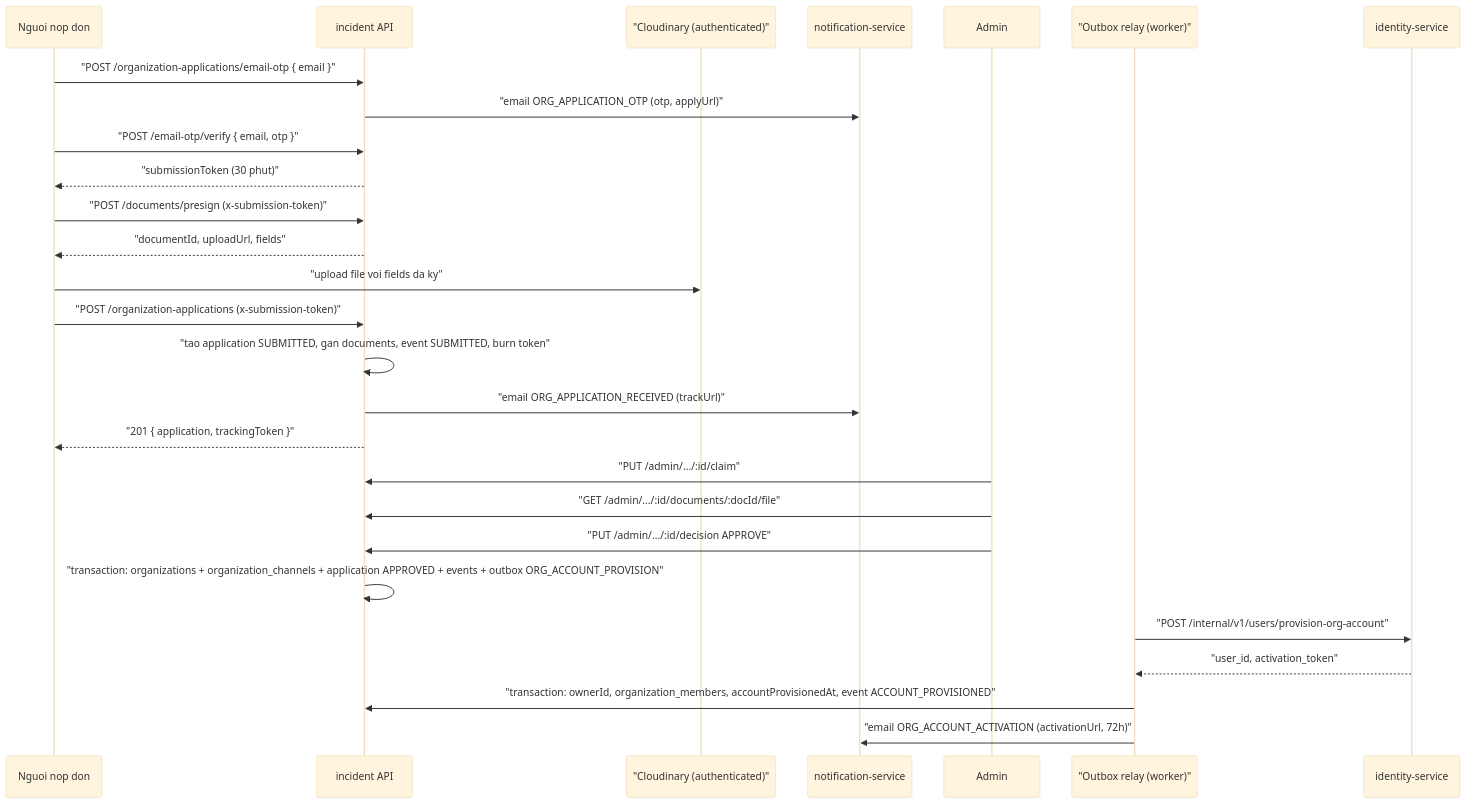
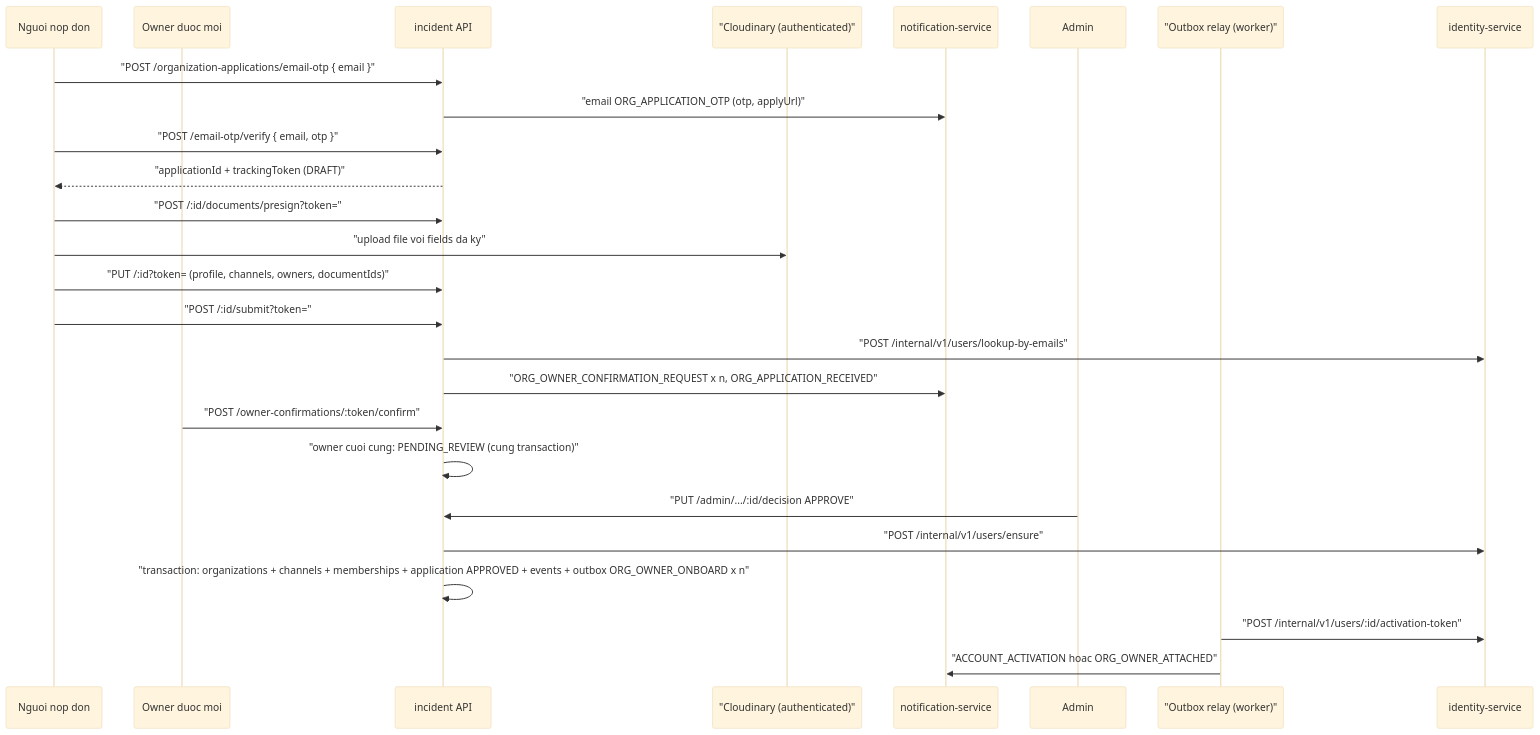
Before and after one commit to DOAN2-UQT-KN/ecolink-docs: the third of 4 diagrams in services/incident-service.md, drawn with Mermaid (base theme). The commit also changed other lines of this file and 10 other files, not shown here.

Commit message:
docs: multi-owner organization registration flow

````diff
--- a/services/incident-service.md
+++ b/services/incident-service.md
@@ -330,29 +334,28 @@
 ```mermaid
 sequenceDiagram
     participant U as Nguoi nop don
+    participant O as Owner duoc moi
     participant I as incident API
     participant CL as "Cloudinary (authenticated)"
     participant N as notification-service
     participant Adm as Admin
     participant R as "Outbox relay (worker)"
     participant ID as identity-service
     U->>I: "POST /organization-applications/email-otp { email }"
     I->>N: "email ORG_APPLICATION_OTP (otp, applyUrl)"
     U->>I: "POST /email-otp/verify { email, otp }"
-    I-->>U: "submissionToken (30 phut)"
-    U->>I: "POST /documents/presign (x-submission-token)"
-    I-->>U: "documentId, uploadUrl, fields"
+    I-->>U: "applicationId + trackingToken (DRAFT)"
+    U->>I: "POST /:id/documents/presign?token="
     U->>CL: "upload file voi fields da ky"
-    U->>I: "POST /organization-applications (x-submission-token)"
-    I->>I: "tao application SUBMITTED, gan documents, event SUBMITTED, burn token"
-    I->>N: "email ORG_APPLICATION_RECEIVED (trackUrl)"
-    I-->>U: "201 { application, trackingToken }"
-    Adm->>I: "PUT /admin/.../:id/claim"
-    Adm->>I: "GET /admin/.../:id/documents/:docId/file"
+    U->>I: "PUT /:id?token= (profile, channels, owners, documentIds)"
+    U->>I: "POST /:id/submit?token="
+    I->>ID: "POST /internal/v1/users/lookup-by-emails"
+    I->>N: "ORG_OWNER_CONFIRMATION_REQUEST x n, ORG_APPLICATION_RECEIVED"
+    O->>I: "POST /owner-confirmations/:token/confirm"
+    I->>I: "owner cuoi cung: PENDING_REVIEW (cung transaction)"
     Adm->>I: "PUT /admin/.../:id/decision APPROVE"
-    I->>I: "transaction: organizations + organization_channels + application APPROVED + events + outbox ORG_ACCOUNT_PROVISION"
-    R->>ID: "POST /internal/v1/users/provision-org-account"
-    ID-->>R: "user_id, activation_token"
-    R->>I: "transaction: ownerId, organization_members, accountProvisionedAt, event ACCOUNT_PROVISIONED"
-    R->>N: "email ORG_ACCOUNT_ACTIVATION (activationUrl, 72h)"
+    I->>ID: "POST /internal/v1/users/ensure"
+    I->>I: "transaction: organizations + channels + memberships + application APPROVED + events + outbox ORG_OWNER_ONBOARD x n"
+    R->>ID: "POST /internal/v1/users/:id/activation-token"
+    R->>N: "ACCOUNT_ACTIVATION hoac ORG_OWNER_ATTACHED"
 ```
````
